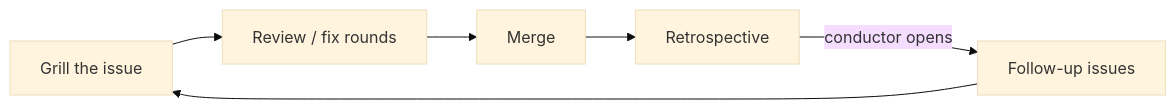
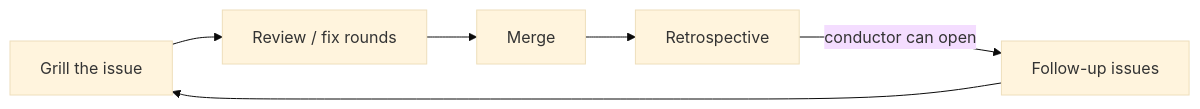
The second of 2 diagrams in docs/articles/introducing-dev-loops.md (mfittko/dev-loops), drawn with Mermaid (base theme) before and after one commit. The commit also changed other lines of this file and 5 other files, not shown here.

First line of the commit message:
docs: 'conductor can open' — reflect the retrospective's advisory/discretionary follow-ups (#1398)

````diff
--- a/docs/articles/introducing-dev-loops.md
+++ b/docs/articles/introducing-dev-loops.md
@@ -95,8 +95,8 @@
 ```mermaid
 flowchart LR
   A[Grill the issue] --> B[Review / fix rounds]
   B --> C[Merge]
   C --> D[Retrospective]
-  D -->|conductor opens| E[Follow-up issues]
+  D -->|conductor can open| E[Follow-up issues]
   E --> A
 ```
````
